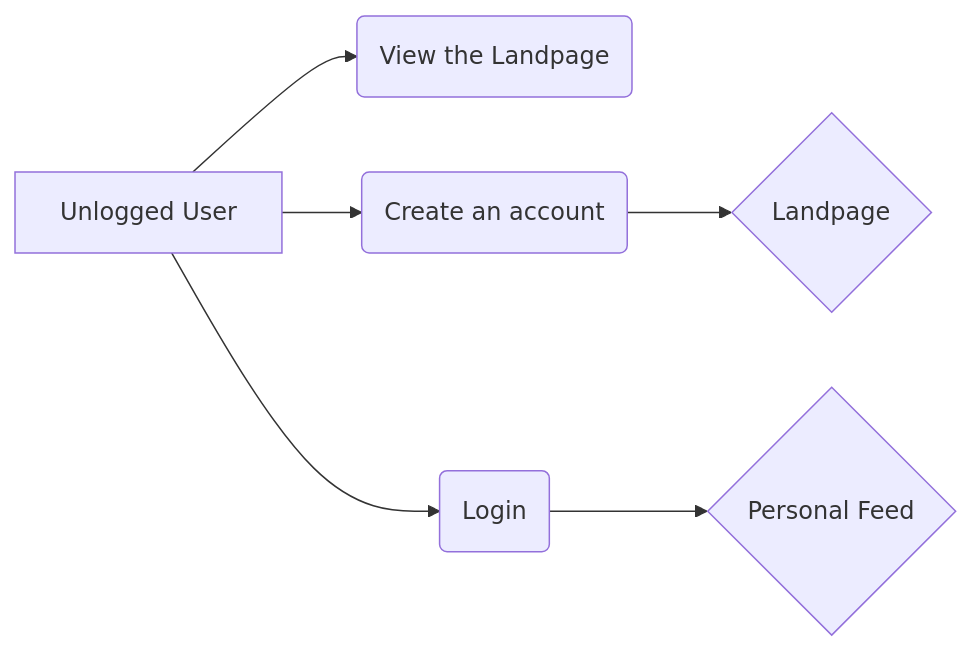
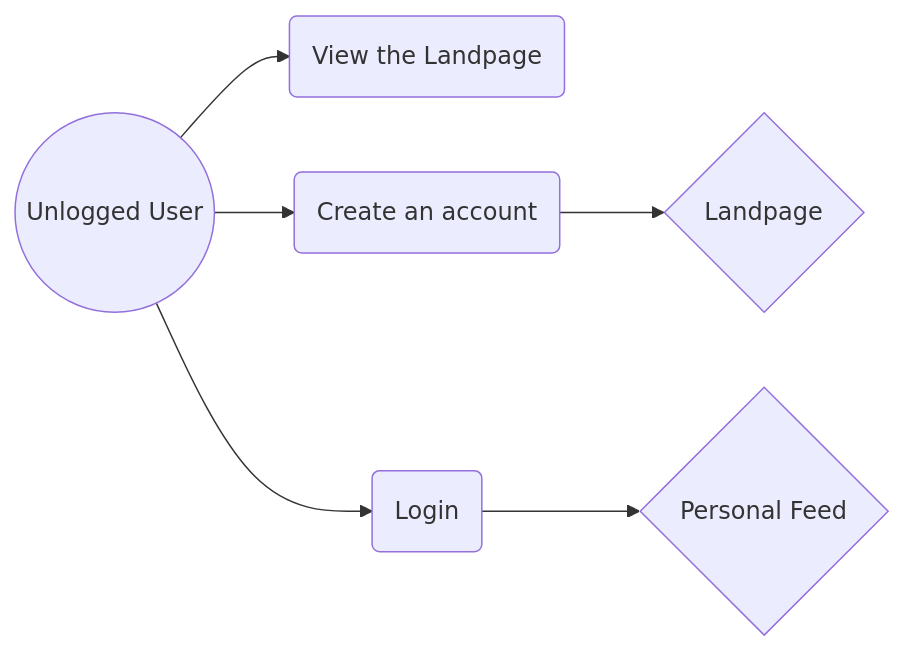
One commit to FJ-Riveros/CryptoAway changed the second of 3 diagrams in README.md. Above: the diagram before and after it, drawn with Mermaid. The commit also changed other lines of this file, not shown here.

````diff
--- a/README.md
+++ b/README.md
@@ -229,8 +229,8 @@
 ```mermaid
 graph LR
-A[Unlogged User] --> B(View the Landpage)
+A((Unlogged User)) --> B(View the Landpage)
 A --> C(Create an account)
 A --> D(Login)
 C --> E{Landpage}
 D --> F{Personal Feed}
 ```
````
